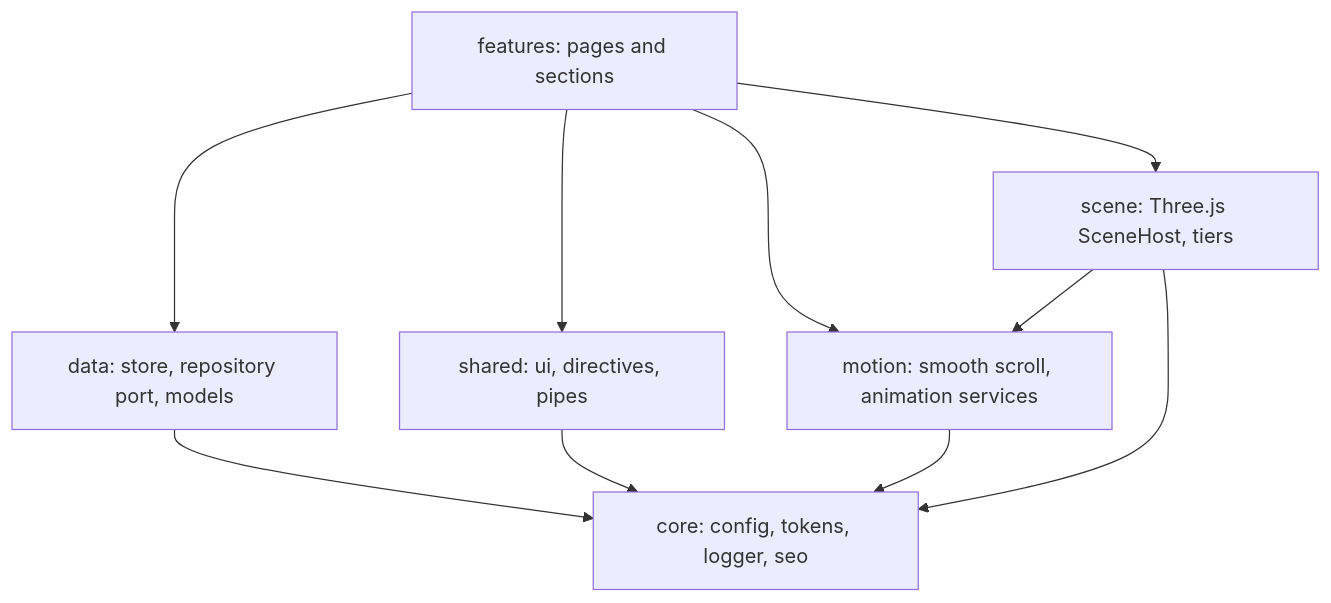
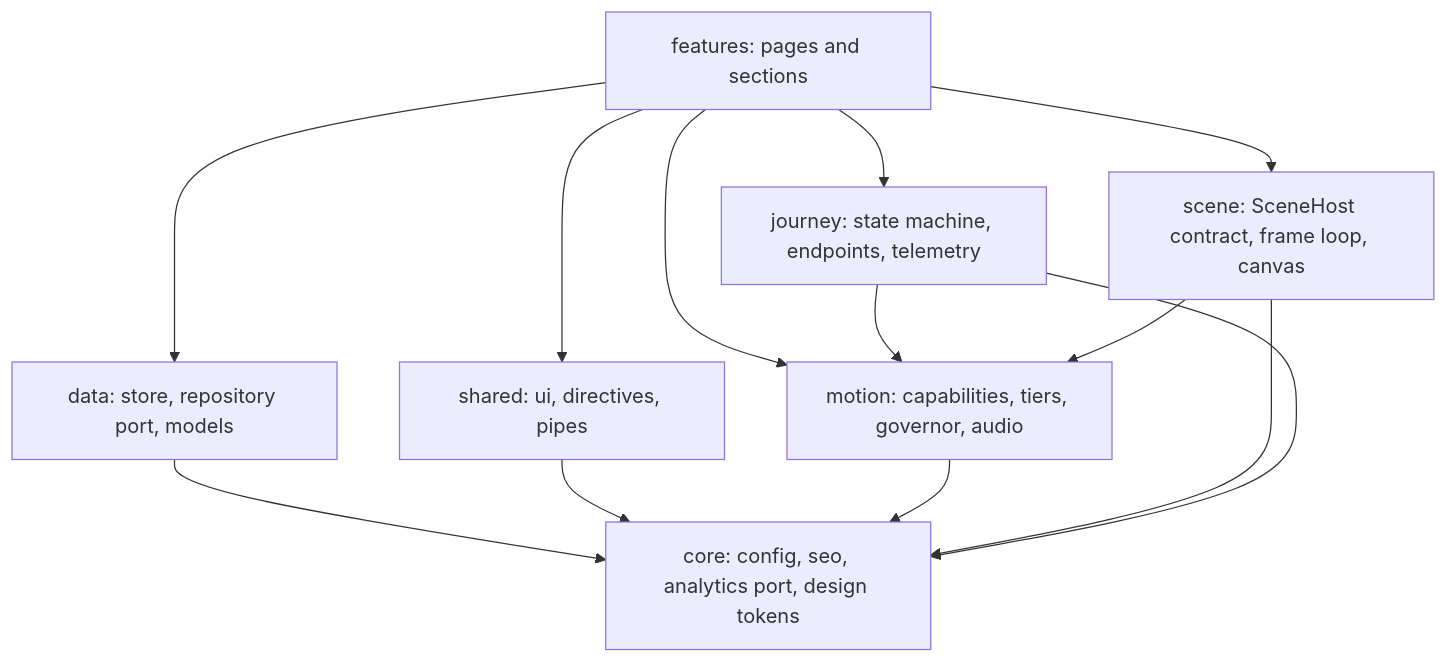
One commit to Abinash-Anand/Portfolio_2026 changed the second of 4 diagrams in docs/ARCHITECTURE.md. Above: the diagram before and after it, drawn with Mermaid. The commit also changed other lines of this file and 2 other files, not shown here.

First line of the commit message:
docs: update architecture, design and concept for Phase 2

````diff
--- a/docs/ARCHITECTURE.md
+++ b/docs/ARCHITECTURE.md
@@ -88,12 +88,15 @@
 ```mermaid
 flowchart TB
   features["features: pages and sections"] --> data["data: store, repository port, models"]
   features --> shared["shared: ui, directives, pipes"]
-  features --> motion["motion: smooth scroll, animation services"]
-  features --> scene["scene: Three.js SceneHost, tiers"]
-  data --> core["core: config, tokens, logger, seo"]
+  features --> journey["journey: state machine, endpoints, telemetry"]
+  features --> scene["scene: SceneHost contract, frame loop, canvas"]
+  features --> motion["motion: capabilities, tiers, governor, audio"]
+  journey --> motion
+  scene --> motion
+  data --> core["core: config, seo, analytics port, design tokens"]
   shared --> core
   motion --> core
   scene --> core
-  scene --> motion
+  journey --> core
 ```
````
